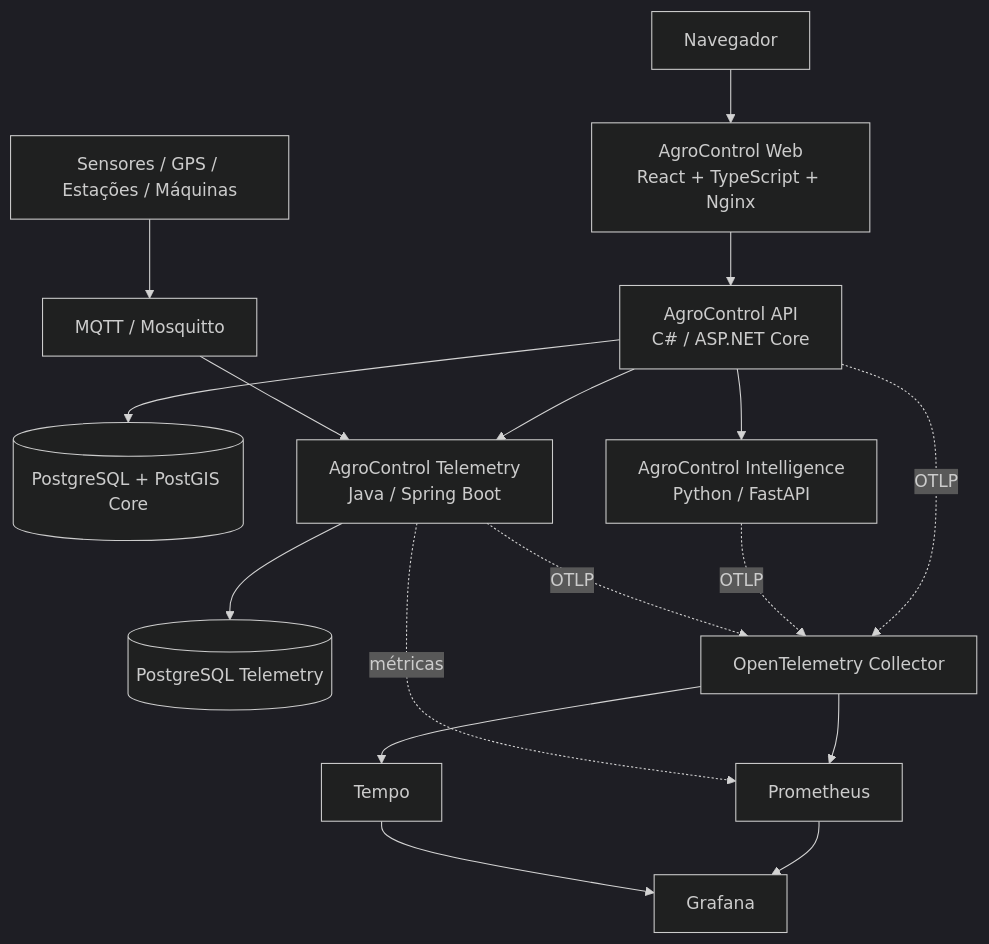
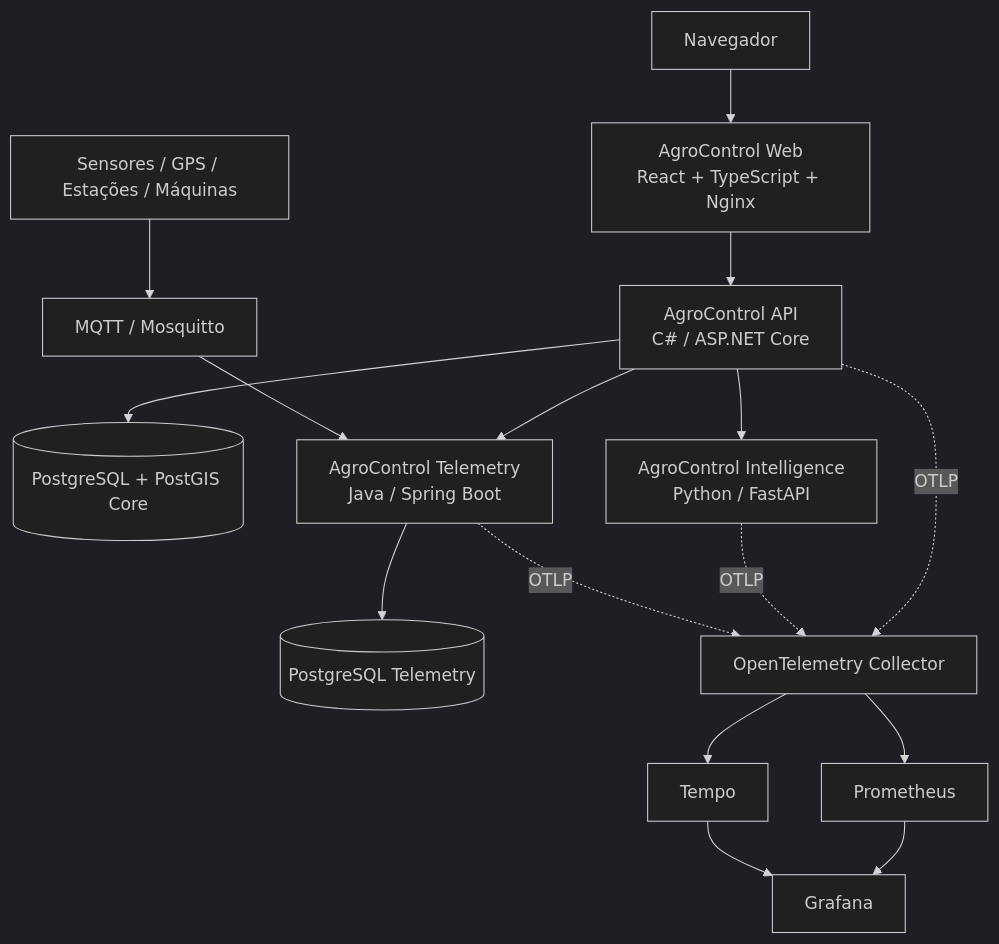
Before and after one commit to M4rc3low/AgroControl: the diagram in README.md, drawn with Mermaid (dark theme). The commit also changed other lines of this file and 21 other files, not shown here.

````diff
--- a/README.md
+++ b/README.md
@@ -47,20 +49,19 @@
 ```mermaid
 flowchart TB
     BROWSER[Navegador] --> WEB[AgroControl Web\nReact + TypeScript + Nginx]
     WEB --> API[AgroControl API\nC# / ASP.NET Core]
     API --> DB[(PostgreSQL + PostGIS Core)]
     API --> AI[AgroControl Intelligence\nPython / FastAPI]
     API --> TEL[AgroControl Telemetry\nJava / Spring Boot]
     TEL --> TDB[(PostgreSQL Telemetry)]
     SENSORS[Sensores / GPS / Estações / Máquinas] --> MQTT[MQTT / Mosquitto]
     MQTT --> TEL
 
     API -. OTLP .-> OTEL[OpenTelemetry Collector]
     AI -. OTLP .-> OTEL
     TEL -. OTLP .-> OTEL
     OTEL --> TEMPO[Tempo]
     OTEL --> PROM[Prometheus]
-    TEL -. métricas .-> PROM
     PROM --> GRAFANA[Grafana]
     TEMPO --> GRAFANA
 ```
````
